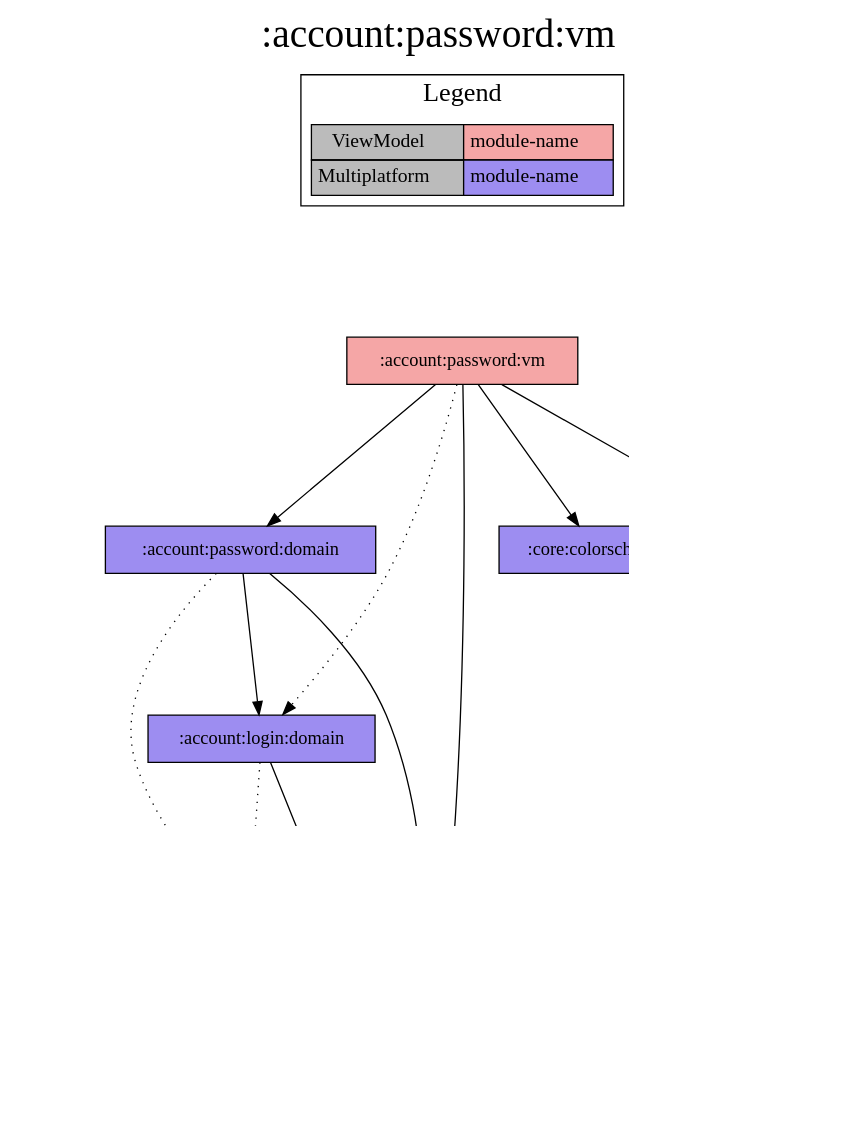
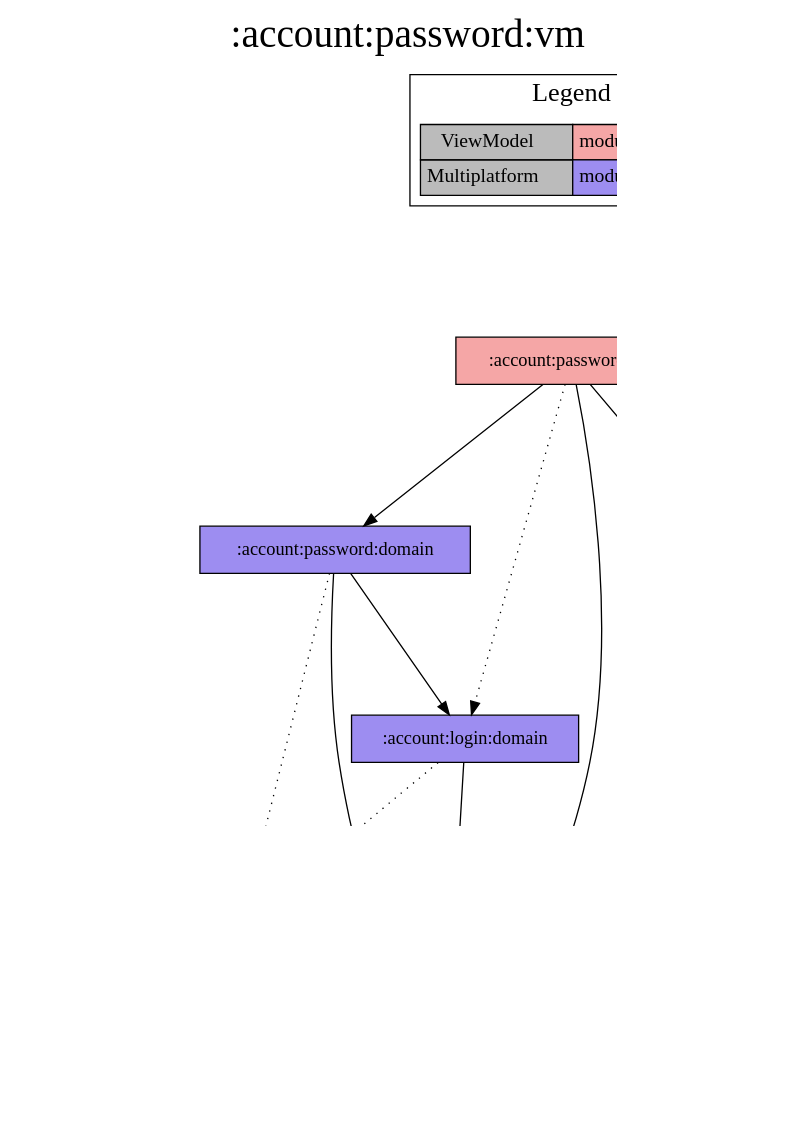
Before and after one commit to jonapoul/aktual: the diagram in modules/account/password/vm/project-dependency-graph.dot, drawn with Graphviz. The commit also changed 35 other files, not shown here.

```diff
--- a/modules/account/password/vm/project-dependency-graph.dot
+++ b/modules/account/password/vm/project-dependency-graph.dot
@@ -1,41 +1,39 @@
 digraph {
 edge ["dir"="forward"]
 graph ["dpi"="100","label"=":account:password:vm","labelloc"="t","fontsize"="30","ranksep"="1.5","rankdir"="TB"]
 node ["style"="filled"]
 ":account:login:domain" ["fillcolor"="#9D8DF1","shape"="box"]
 ":account:model" ["fillcolor"="#9D8DF1","shape"="box"]
 ":account:password:domain" ["fillcolor"="#9D8DF1","shape"="box"]
 ":account:password:vm" ["fillcolor"="#F5A6A6","shape"="box"]
 ":api:actual" ["fillcolor"="#9D8DF1","shape"="box"]
 ":budget:model" ["fillcolor"="#9D8DF1","shape"="box"]
-":core:colorscheme" ["fillcolor"="#9D8DF1","shape"="box"]
 ":core:versions" ["fillcolor"="#9D8DF1","shape"="box"]
 ":url:model" ["fillcolor"="#9D8DF1","shape"="box"]
 {
 edge ["dir"="none"]
 graph ["rank"="same"]
 }
 ":account:login:domain" -> ":account:model"
 ":account:login:domain" -> ":api:actual" ["style"="dotted"]
 ":account:password:domain" -> ":account:login:domain"
 ":account:password:domain" -> ":account:model"
 ":account:password:domain" -> ":api:actual" ["style"="dotted"]
 ":account:password:vm" -> ":account:login:domain" ["style"="dotted"]
 ":account:password:vm" -> ":account:model"
 ":account:password:vm" -> ":account:password:domain"
-":account:password:vm" -> ":core:colorscheme"
 ":account:password:vm" -> ":core:versions"
 ":api:actual" -> ":account:model"
 ":api:actual" -> ":budget:model"
 ":api:actual" -> ":url:model"
 subgraph "cluster_legend" {
 edge ["dir"="none"]
 graph ["label"="Legend","fontsize"="20"]
 "Legend" ["style"="filled","fillcolor"="#bbbbbb","shape"="none","margin"="0","fontsize"="15","label"=<
 <TABLE BORDER="0" CELLBORDER="1" CELLSPACING="0" CELLPADDING="4">
 <TR><TD>ViewModel</TD><TD BGCOLOR="#F5A6A6">module-name</TD></TR>
 <TR><TD>Multiplatform</TD><TD BGCOLOR="#9D8DF1">module-name</TD></TR>
 </TABLE>
 >]
 } -> ":account:password:vm" ["style"="invis"]
 }
```
